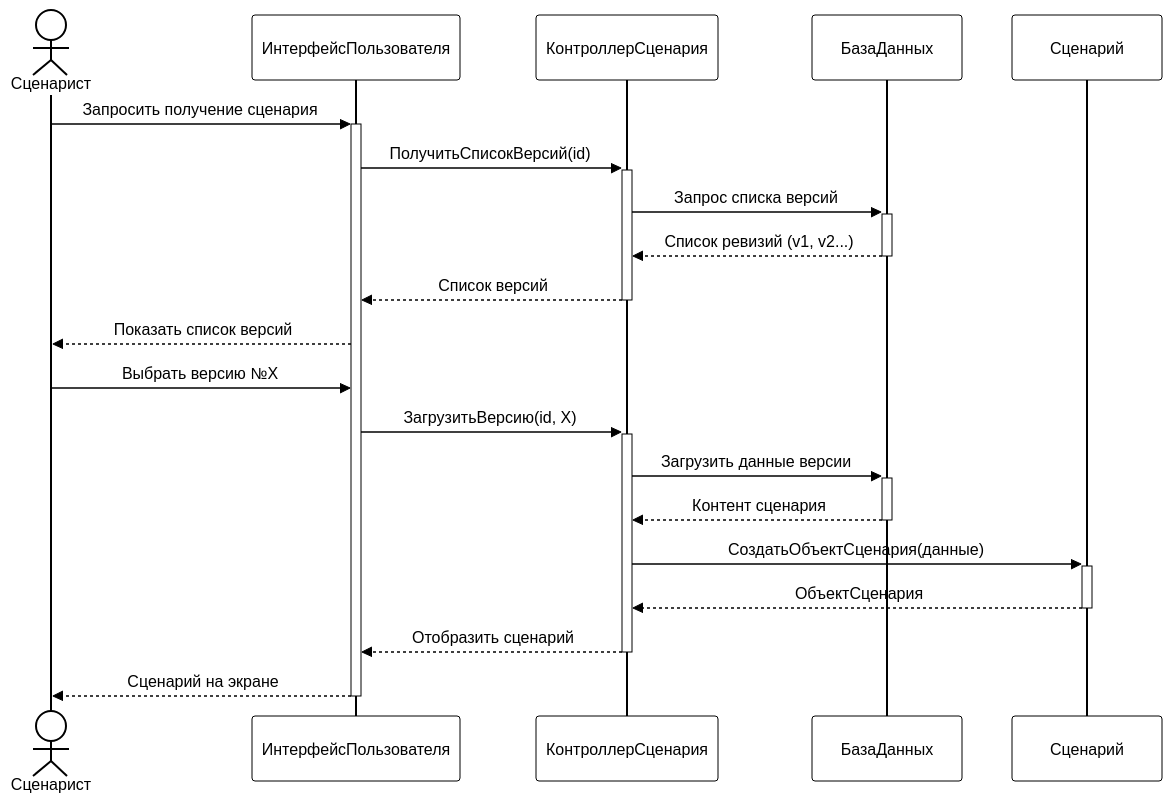
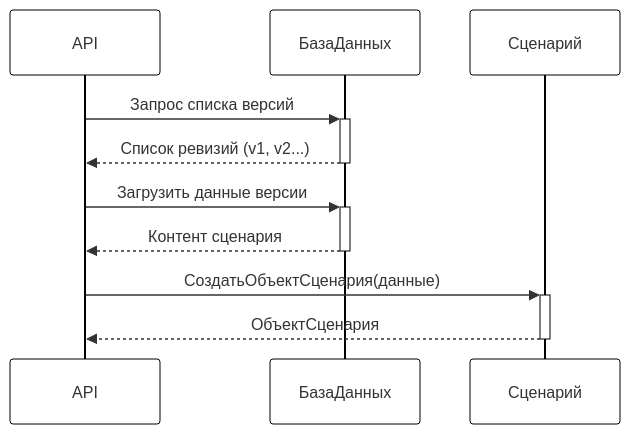
The third of 6 diagrams in Пакет Обработка эмбеддингов/Диаграмма последовательностей взаимодействия объектов классов.md (CHSU-scenarAIst/diagrammy), drawn with Mermaid before and after one commit. The commit also changed other lines of this file and 8 other files, not shown here.

````diff
--- a/Пакет Обработка эмбеддингов/Диаграмма последовательностей взаимодействия объектов классов.md
+++ b/Пакет Обработка эмбеддингов/Диаграмма последовательностей взаимодействия объектов классов.md
@@ -120,43 +65,23 @@
 ```mermaid
 %%{init: {
   'theme': 'base',
   'themeVariables': {
     'primaryColor': '#fff',
     'primaryBorderColor': '#000',
-    'lineColor': '#000',
-    'tertiaryColor': '#fff',
-    'edgeColor': '#000',
-    'fontFamily': 'arial',
     'fontSize': '16px',
-    'signalColor': '#000',
-    'signalTextColor': '#000',
-    'actorTextColor': '#000',
-    'actorLineColor': '#000',
-    'labelTextColor': '#000',
-    'activationBorderColor': '#000',
-    'activationBackgroundColor': '#000'
+    'activationBorderColor': '#000'
   }
 }}%%
 sequenceDiagram
-    actor User as Сценарист
-    participant UI as ИнтерфейсПользователя
-    participant Controller as КонтроллерСценария
+    participant Controller as API
     participant Storage as БазаДанных
     participant Scenario as Сценарий
 
-    User->>+UI: Запросить получение сценария
-    UI->>+Controller: ПолучитьСписокВерсий(id)
     Controller->>+Storage: Запрос списка версий
     Storage-->>-Controller: Список ревизий (v1, v2...)
-    Controller-->>-UI: Список версий
-    UI-->>User: Показать список версий
     
-    User->>UI: Выбрать версию №X
-    UI->>+Controller: ЗагрузитьВерсию(id, X)
     Controller->>+Storage: Загрузить данные версии
     Storage-->>-Controller: Контент сценария
     Controller->>+Scenario: СоздатьОбъектСценария(данные)
     Scenario-->>-Controller: ОбъектСценария
-    Controller-->>-UI: Отобразить сценарий
-    UI-->>-User: Сценарий на экране
 ```
````
